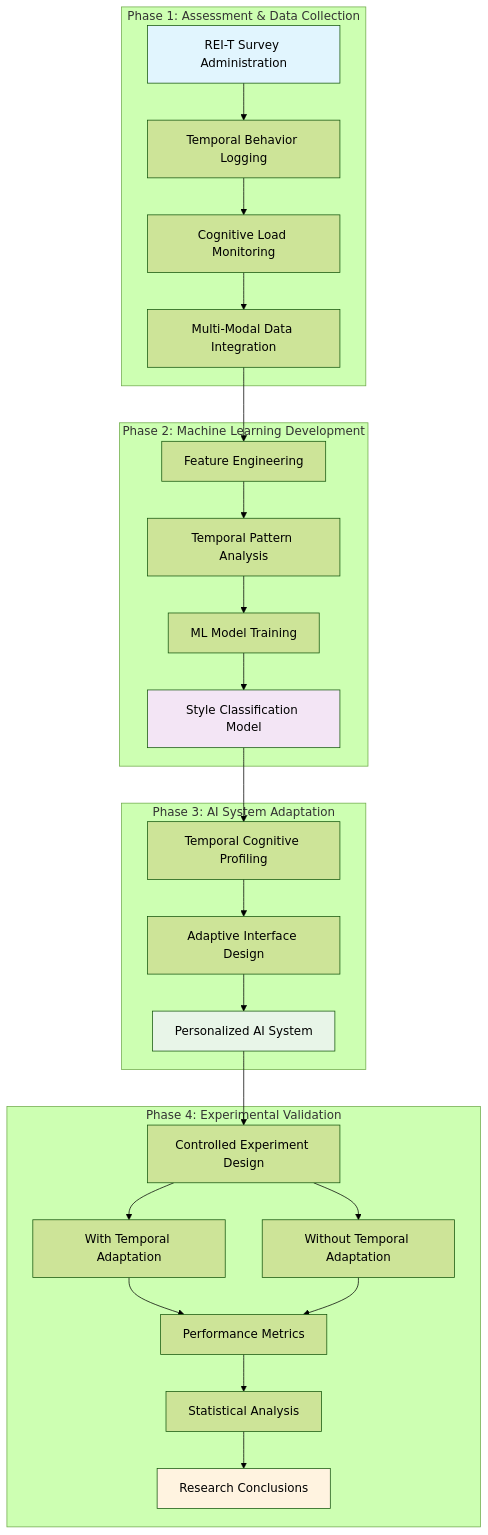
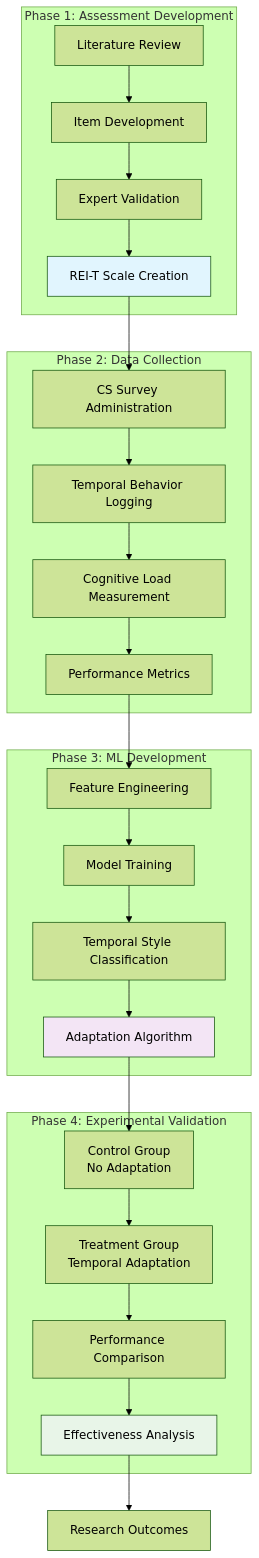
Before and after one commit to Harrypatria/TACAI-Temporal-Cognitive-Adaptation-for-Human-AI: the first of 6 diagrams in README.md, drawn with Mermaid (forest theme). The commit also changed other lines of this file, not shown here.

````diff
--- a/README.md
+++ b/README.md
@@ -56,36 +52,35 @@
 ```mermaid
-graph TB
-    subgraph "Phase 1: Assessment & Data Collection"
-        A[REI-T Survey Administration] --> B[Temporal Behavior Logging]
-        B --> C[Cognitive Load Monitoring]
-        C --> D[Multi-Modal Data Integration]
+flowchart TB
+    subgraph "Phase 1: Assessment Development"
+        A1[Literature Review] --> A2[Item Development]
+        A2 --> A3[Expert Validation]
+        A3 --> A4[REI-T Scale Creation]
     end
     
-    subgraph "Phase 2: Machine Learning Development"
-        D --> E[Feature Engineering]
-        E --> F[Temporal Pattern Analysis]
-        F --> G[ML Model Training]
-        G --> H[Style Classification Model]
+    subgraph "Phase 2: Data Collection"
+        B1[CS Survey Administration] --> B2[Temporal Behavior Logging]
+        B2 --> B3[Cognitive Load Measurement]
+        B3 --> B4[Performance Metrics]
     end
     
-    subgraph "Phase 3: AI System Adaptation"
-        H --> I[Temporal Cognitive Profiling]
-        I --> J[Adaptive Interface Design]
-        J --> K[Personalized AI System]
+    subgraph "Phase 3: ML Development"
+        C1[Feature Engineering] --> C2[Model Training]
+        C2 --> C3[Temporal Style Classification]
+        C3 --> C4[Adaptation Algorithm]
     end
     
     subgraph "Phase 4: Experimental Validation"
-        K --> L[Controlled Experiment Design]
-        L --> M[With Temporal Adaptation]
-        L --> N[Without Temporal Adaptation]
-        M --> O[Performance Metrics]
-        N --> O
-        O --> P[Statistical Analysis]
-        P --> Q[Research Conclusions]
+        D1[Control Group<br/>No Adaptation] --> D2[Treatment Group<br/>Temporal Adaptation]
+        D2 --> D3[Performance Comparison]
+        D3 --> D4[Effectiveness Analysis]
     end
     
-    style A fill:#e1f5fe
-    style H fill:#f3e5f5
-    style K fill:#e8f5e8
-    style Q fill:#fff3e0
+    A4 --> B1
+    B4 --> C1
+    C4 --> D1
+    D4 --> E[Research Outcomes]
+    
+    style A4 fill:#e1f5fe
+    style C4 fill:#f3e5f5
+    style D4 fill:#e8f5e8
 ```
````
